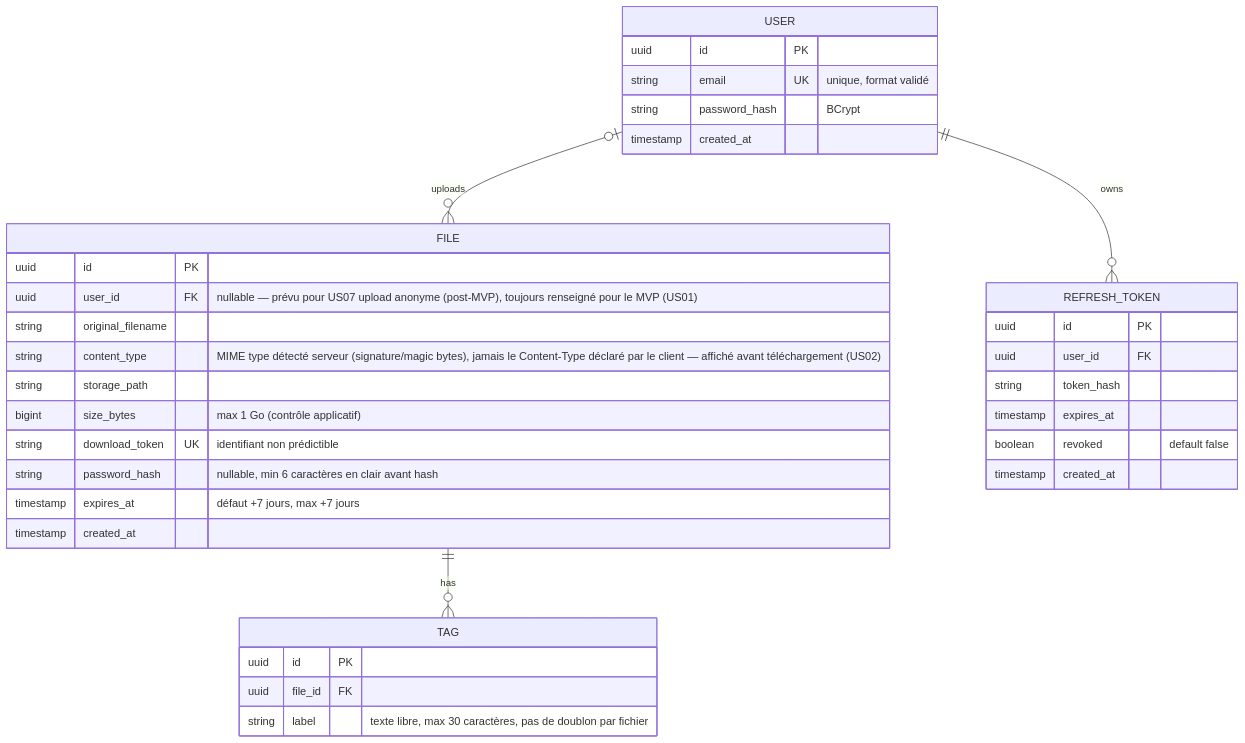
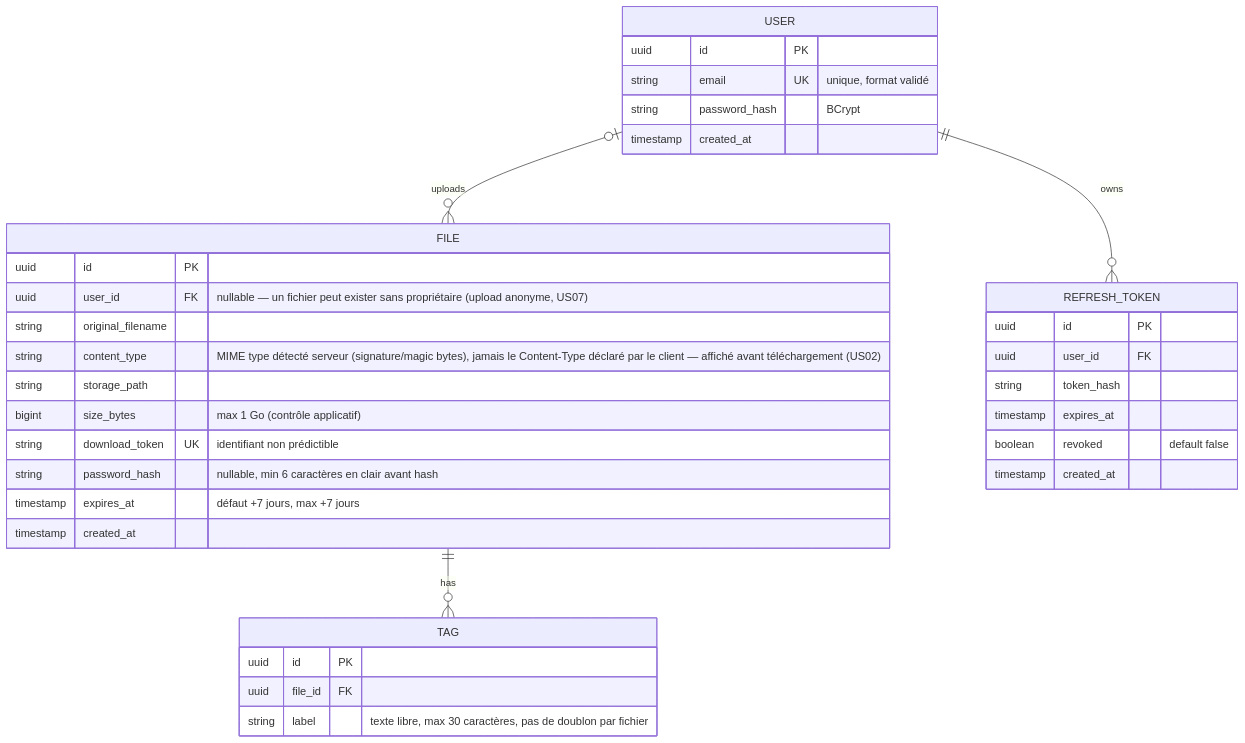
The diagram in docs/diagrams/mcd.md (openclassrooms-devops-training/projet3-datashare), drawn with Mermaid before and after one commit. The commit also changed other lines of this file and 2 other files, not shown here.

````diff
--- a/docs/diagrams/mcd.md
+++ b/docs/diagrams/mcd.md
@@ -5,41 +5,41 @@
 ```mermaid
 erDiagram
     USER o|--o{ FILE : uploads
     USER ||--o{ REFRESH_TOKEN : owns
     FILE ||--o{ TAG : has
 
     USER {
         uuid id PK
         string email UK "unique, format validé"
         string password_hash "BCrypt"
         timestamp created_at
     }
 
     REFRESH_TOKEN {
         uuid id PK
         uuid user_id FK
         string token_hash
         timestamp expires_at
         boolean revoked "default false"
         timestamp created_at
     }
 
     FILE {
         uuid id PK
-        uuid user_id FK "nullable — prévu pour US07 upload anonyme (post-MVP), toujours renseigné pour le MVP (US01)"
+        uuid user_id FK "nullable — un fichier peut exister sans propriétaire (upload anonyme, US07)"
         string original_filename
         string content_type "MIME type détecté serveur (signature/magic bytes), jamais le Content-Type déclaré par le client — affiché avant téléchargement (US02)"
         string storage_path
         bigint size_bytes "max 1 Go (contrôle applicatif)"
         string download_token UK "identifiant non prédictible"
         string password_hash "nullable, min 6 caractères en clair avant hash"
         timestamp expires_at "défaut +7 jours, max +7 jours"
         timestamp created_at
     }
 
     TAG {
         uuid id PK
         uuid file_id FK
         string label "texte libre, max 30 caractères, pas de doublon par fichier"
     }
 ```
````
